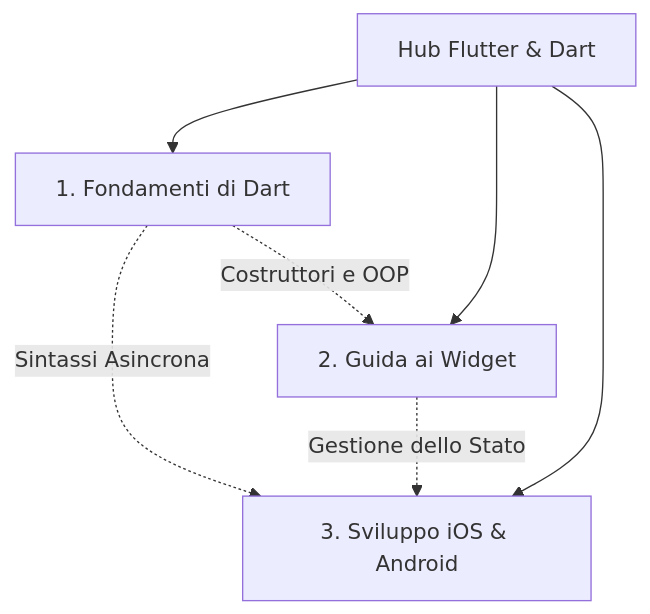
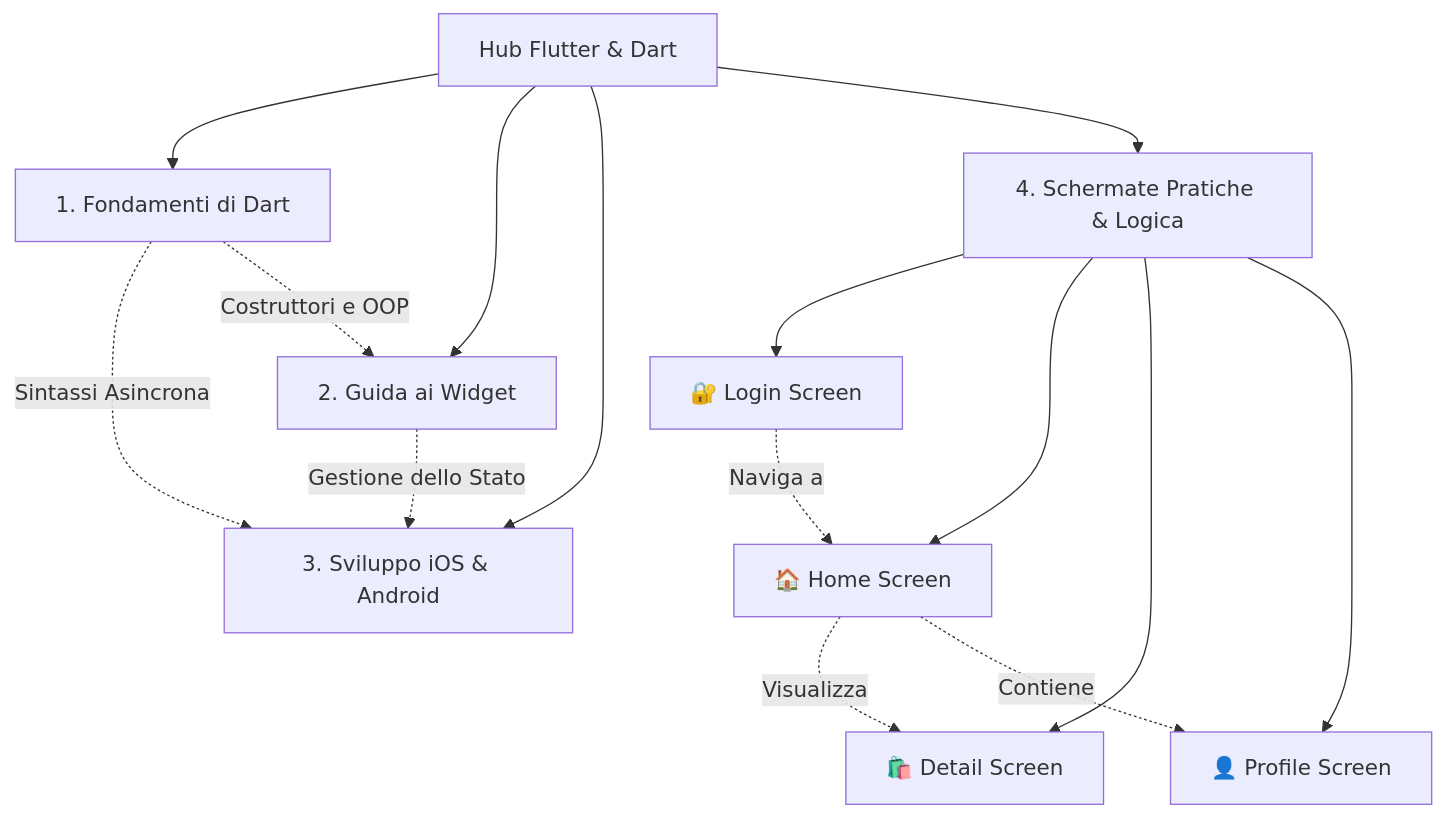
Before and after one commit to Emanuele-01/Obsidian: the diagram in Flutter/index.md, drawn with Mermaid. The commit also changed other lines of this file and 5 other files, not shown here.

````diff
--- a/Flutter/index.md
+++ b/Flutter/index.md
@@ -11,10 +11,20 @@
 ```mermaid
 graph TD
     Index[Hub Flutter & Dart] --> Dart[1. Fondamenti di Dart]
     Index --> Widgets[2. Guida ai Widget]
     Index --> Techniques[3. Sviluppo iOS & Android]
+    Index --> Screens[4. Schermate Pratiche & Logica]
     
     Dart -.->|Sintassi Asincrona| Techniques
     Widgets -.->|Gestione dello Stato| Techniques
     Dart -.->|Costruttori e OOP| Widgets
+    
+    Screens --> Login[🔐 Login Screen]
+    Screens --> Home[🏠 Home Screen]
+    Screens --> Detail[🛍️ Detail Screen]
+    Screens --> Profile[👤 Profile Screen]
+    
+    Login -.->|Naviga a| Home
+    Home -.->|Visualizza| Detail
+    Home -.->|Contiene| Profile
 ```
````
